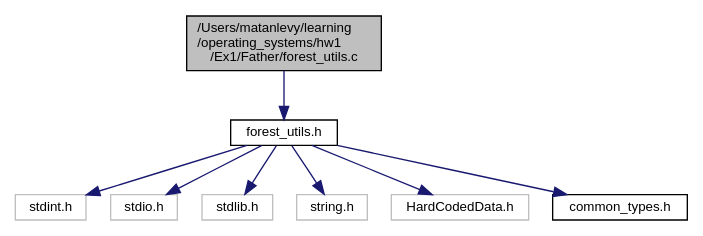
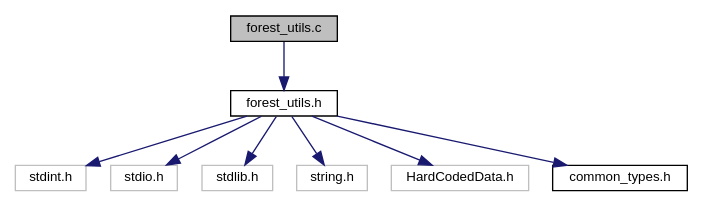
One commit to LevyMatan/ISP_ex1_doc changed the diagram in forest__utils_8c__incl.dot. Above: the diagram before and after it, drawn with Graphviz. The commit also changed 81 other files, not shown here.

```diff
--- a/forest__utils_8c__incl.dot
+++ b/forest__utils_8c__incl.dot
@@ -1,22 +1,22 @@
-digraph "/Users/matanlevy/learning/operating_systems/hw1/Ex1/Father/forest_utils.c"
+digraph "forest_utils.c"
 {
  // INTERACTIVE_SVG=YES
  // LATEX_PDF_SIZE
   edge [fontname="Helvetica",fontsize="10",labelfontname="Helvetica",labelfontsize="10"];
   node [fontname="Helvetica",fontsize="10",shape=record];
-  Node1 [label="/Users/matanlevy/learning\l/operating_systems/hw1\l/Ex1/Father/forest_utils.c",height=0.2,width=0.4,color="black", fillcolor="grey75", style="filled", fontcolor="black",tooltip="Holds all forest related functions. Allows to go through the forest and change each cell to the next ..."];
+  Node1 [label="forest_utils.c",height=0.2,width=0.4,color="black", fillcolor="grey75", style="filled", fontcolor="black",tooltip="Holds all forest related functions. Allows to go through the forest and change each cell to the next ..."];
   Node1 -> Node2 [color="midnightblue",fontsize="10",style="solid",fontname="Helvetica"];
   Node2 [label="forest_utils.h",height=0.2,width=0.4,color="black", fillcolor="white", style="filled",URL="$forest__utils_8h.html",tooltip="This sub-module will handle all forest related functions."];
   Node2 -> Node3 [color="midnightblue",fontsize="10",style="solid",fontname="Helvetica"];
   Node3 [label="stdint.h",height=0.2,width=0.4,color="grey75", fillcolor="white", style="filled",tooltip=" "];
   Node2 -> Node4 [color="midnightblue",fontsize="10",style="solid",fontname="Helvetica"];
   Node4 [label="stdio.h",height=0.2,width=0.4,color="grey75", fillcolor="white", style="filled",tooltip=" "];
   Node2 -> Node5 [color="midnightblue",fontsize="10",style="solid",fontname="Helvetica"];
   Node5 [label="stdlib.h",height=0.2,width=0.4,color="grey75", fillcolor="white", style="filled",tooltip=" "];
   Node2 -> Node6 [color="midnightblue",fontsize="10",style="solid",fontname="Helvetica"];
   Node6 [label="string.h",height=0.2,width=0.4,color="grey75", fillcolor="white", style="filled",tooltip=" "];
   Node2 -> Node7 [color="midnightblue",fontsize="10",style="solid",fontname="Helvetica"];
   Node7 [label="HardCodedData.h",height=0.2,width=0.4,color="grey75", fillcolor="white", style="filled",tooltip=" "];
   Node2 -> Node8 [color="midnightblue",fontsize="10",style="solid",fontname="Helvetica"];
   Node8 [label="common_types.h",height=0.2,width=0.4,color="black", fillcolor="white", style="filled",URL="$common__types_8h.html",tooltip="Hold common defenitions and types."];
 }
```
